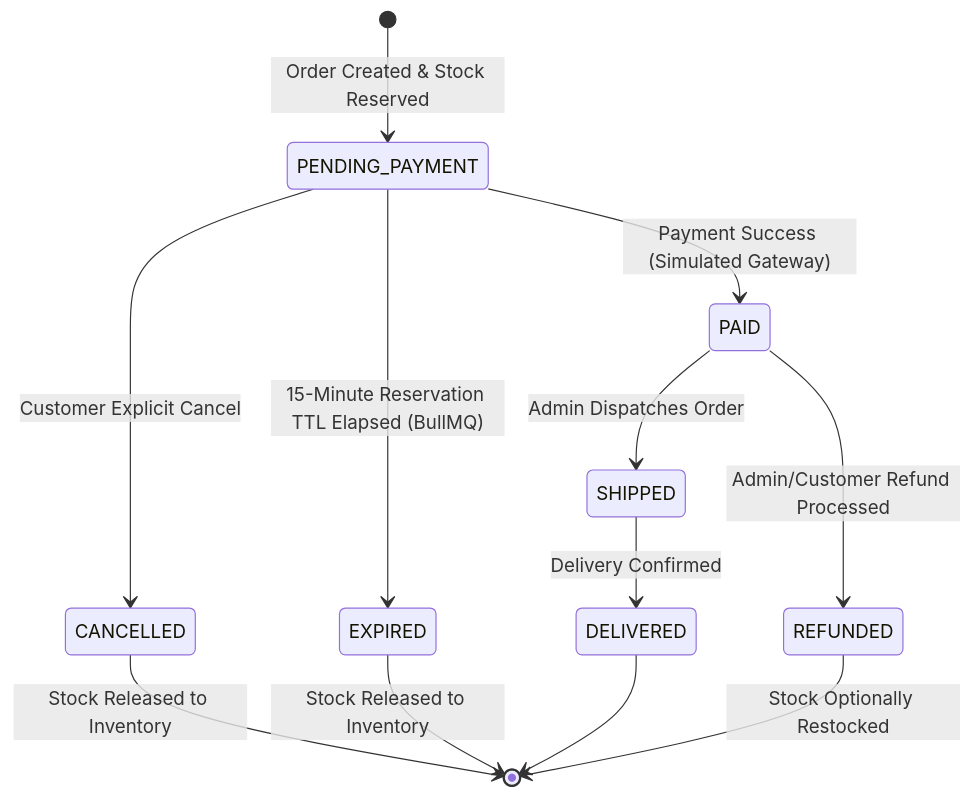
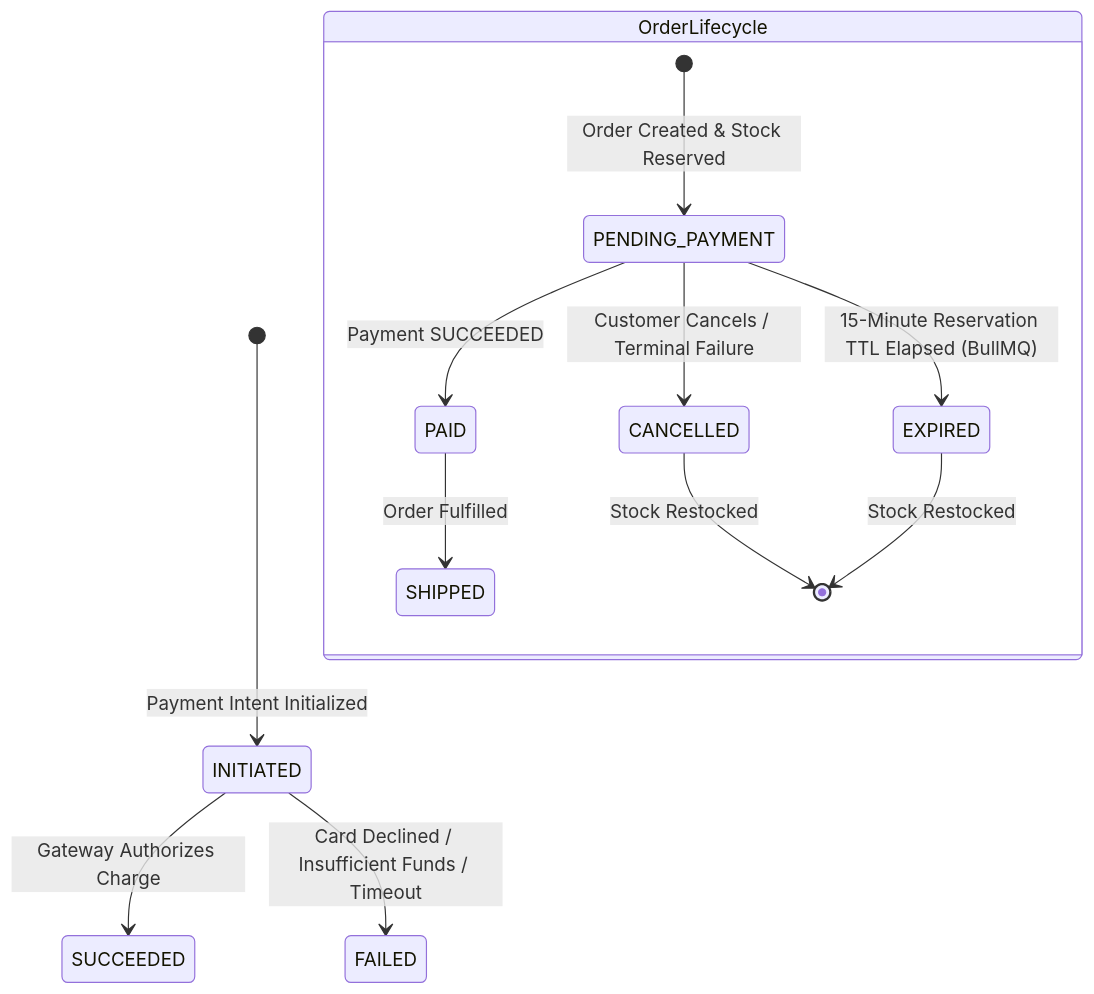
Before and after one commit to IshanSingh21/QuickCart: the third of 3 diagrams in docs/architecture.md, drawn with Mermaid. The commit also changed other lines of this file and 1 other file, not shown here.

````diff
--- a/docs/architecture.md
+++ b/docs/architecture.md
@@ -185,16 +223,16 @@
 ```mermaid
 stateDiagram-v2
-    [*] --> PENDING_PAYMENT : Order Created & Stock Reserved
-    PENDING_PAYMENT --> PAID : Payment Success (Simulated Gateway)
-    PENDING_PAYMENT --> CANCELLED : Customer Explicit Cancel
-    PENDING_PAYMENT --> EXPIRED : 15-Minute Reservation TTL Elapsed (BullMQ)
-    
-    PAID --> SHIPPED : Admin Dispatches Order
-    SHIPPED --> DELIVERED : Delivery Confirmed
-    PAID --> REFUNDED : Admin/Customer Refund Processed
-    
-    CANCELLED --> [*] : Stock Released to Inventory
-    EXPIRED --> [*] : Stock Released to Inventory
-    DELIVERED --> [*]
-    REFUNDED --> [*] : Stock Optionally Restocked
+    [*] --> INITIATED : Payment Intent Initialized
+    INITIATED --> SUCCEEDED : Gateway Authorizes Charge
+    INITIATED --> FAILED : Card Declined / Insufficient Funds / Timeout
+
+    state OrderLifecycle {
+        [*] --> PENDING_PAYMENT : Order Created & Stock Reserved
+        PENDING_PAYMENT --> PAID : Payment SUCCEEDED
+        PENDING_PAYMENT --> CANCELLED : Customer Cancels / Terminal Failure
+        PENDING_PAYMENT --> EXPIRED : 15-Minute Reservation TTL Elapsed (BullMQ)
+        PAID --> SHIPPED : Order Fulfilled
+        CANCELLED --> [*] : Stock Restocked
+        EXPIRED --> [*] : Stock Restocked
+    }
 ```
````
